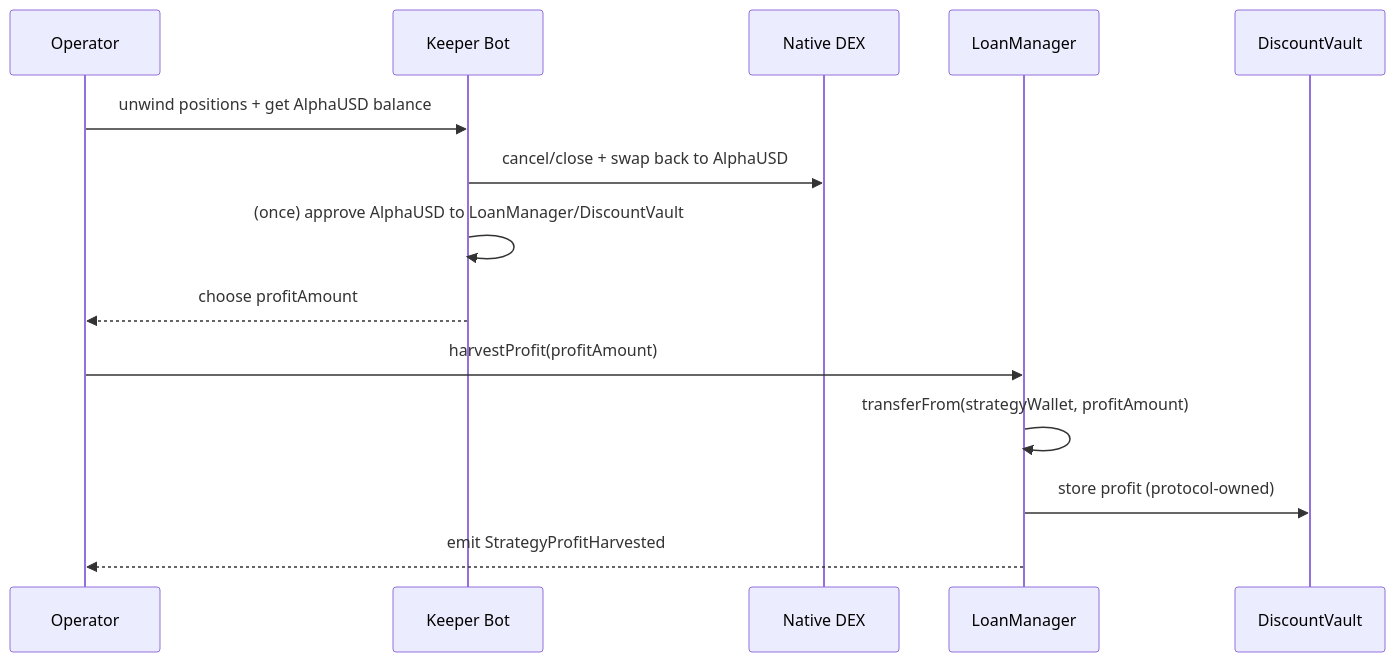
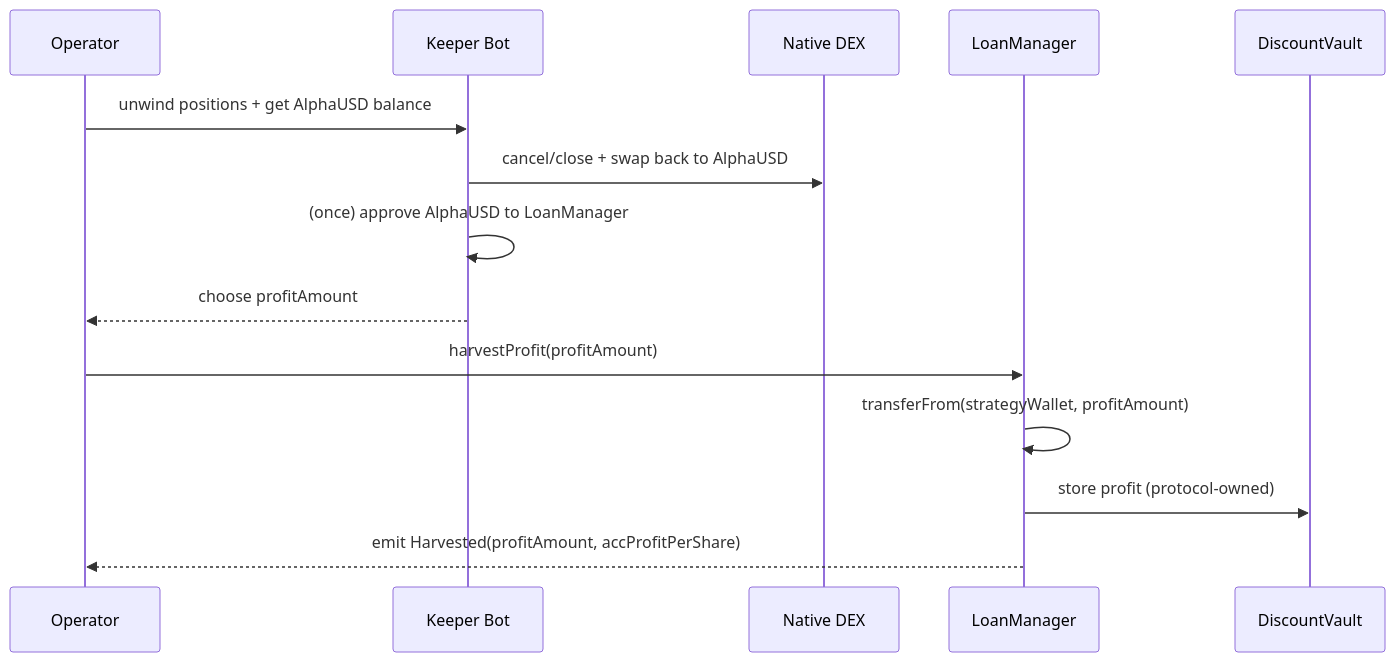
Before and after one commit to yukikm/bnpl-yield-discount: the seventh of 10 diagrams in docs/functional-design.md, drawn with Mermaid. The commit also changed other lines of this file and 149 other files, not shown here.

First line of the commit message:
feat: initialize pnpm workspace and add Prisma schema with migrations

````diff
--- a/docs/functional-design.md
+++ b/docs/functional-design.md
@@ -435,17 +430,17 @@
 ```mermaid
 sequenceDiagram
   participant Op as Operator
   participant Keeper as Keeper Bot
   participant Dex as Native DEX
   participant Loan as LoanManager
   participant DV as DiscountVault
 
-  Op->>Keeper: unwind positions + get AlphaUSD balance
-  Keeper->>Dex: cancel/close + swap back to AlphaUSD
-  Keeper->>Keeper: (once) approve AlphaUSD to LoanManager/DiscountVault
-  Keeper-->>Op: choose profitAmount
-  Op->>Loan: harvestProfit(profitAmount)
-  Loan->>Loan: transferFrom(strategyWallet, profitAmount)
-  Loan->>DV: store profit (protocol-owned)
-  Loan-->>Op: emit StrategyProfitHarvested
+	  Op->>Keeper: unwind positions + get AlphaUSD balance
+	  Keeper->>Dex: cancel/close + swap back to AlphaUSD
+	  Keeper->>Keeper: (once) approve AlphaUSD to LoanManager
+	  Keeper-->>Op: choose profitAmount
+	  Op->>Loan: harvestProfit(profitAmount)
+	  Loan->>Loan: transferFrom(strategyWallet, profitAmount)
+	  Loan->>DV: store profit (protocol-owned)
+	  Loan-->>Op: emit Harvested(profitAmount, accProfitPerShare)
 ```
````
